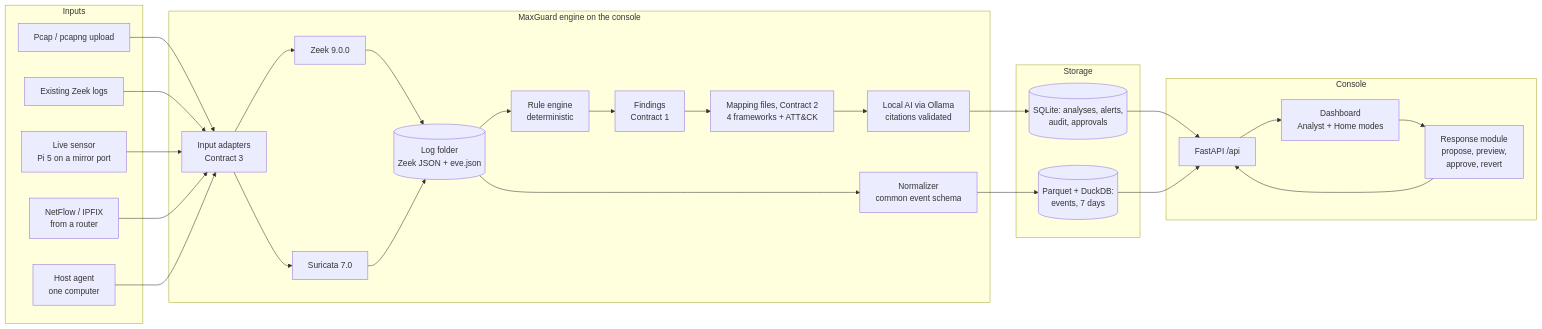
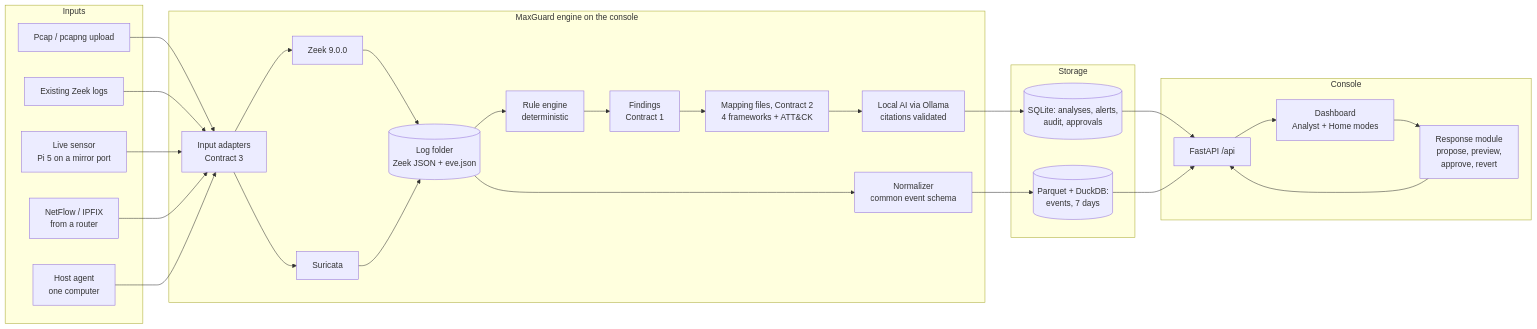
The first of 4 diagrams in docs/ARCHITECTURE.md (ahmadalkhoudeir/maxguard), drawn with Mermaid before and after one commit. The commit also changed other lines of this file, not shown here.

First line of the commit message:
ARCHITECTURE: live sensor on Suricata 8.0.7; flag the engine's 7.0 package

````diff
--- a/docs/ARCHITECTURE.md
+++ b/docs/ARCHITECTURE.md
@@ -56,46 +56,46 @@
 ```mermaid
 flowchart LR
   subgraph inputs["Inputs"]
     P["Pcap / pcapng upload"]
     Z["Existing Zeek logs"]
     L["Live sensor<br/>Pi 5 on a mirror port"]
     N["NetFlow / IPFIX<br/>from a router"]
     H["Host agent<br/>one computer"]
   end
   subgraph engine["MaxGuard engine on the console"]
     A["Input adapters<br/>Contract 3"]
     ZK["Zeek 9.0.0"]
-    SU["Suricata 7.0"]
+    SU["Suricata"]
     LD[("Log folder<br/>Zeek JSON + eve.json")]
     R["Rule engine<br/>deterministic"]
     F["Findings<br/>Contract 1"]
     M["Mapping files, Contract 2<br/>4 frameworks + ATT&CK"]
     NZ["Normalizer<br/>common event schema"]
     AI["Local AI via Ollama<br/>citations validated"]
   end
   subgraph store["Storage"]
     S1[("SQLite: analyses, alerts,<br/>audit, approvals")]
     S2[("Parquet + DuckDB:<br/>events, 7 days")]
   end
   subgraph ui["Console"]
     API["FastAPI /api"]
     WEB["Dashboard<br/>Analyst + Home modes"]
     RESP["Response module<br/>propose, preview,<br/>approve, revert"]
   end
   P --> A
   Z --> A
   L --> A
   N --> A
   H --> A
   A --> ZK --> LD
   A --> SU --> LD
   LD --> R --> F
   F --> M --> AI
   LD --> NZ --> S2
   AI --> S1
   S1 --> API
   S2 --> API
   API --> WEB
   WEB --> RESP
   RESP --> API
 ```
````
